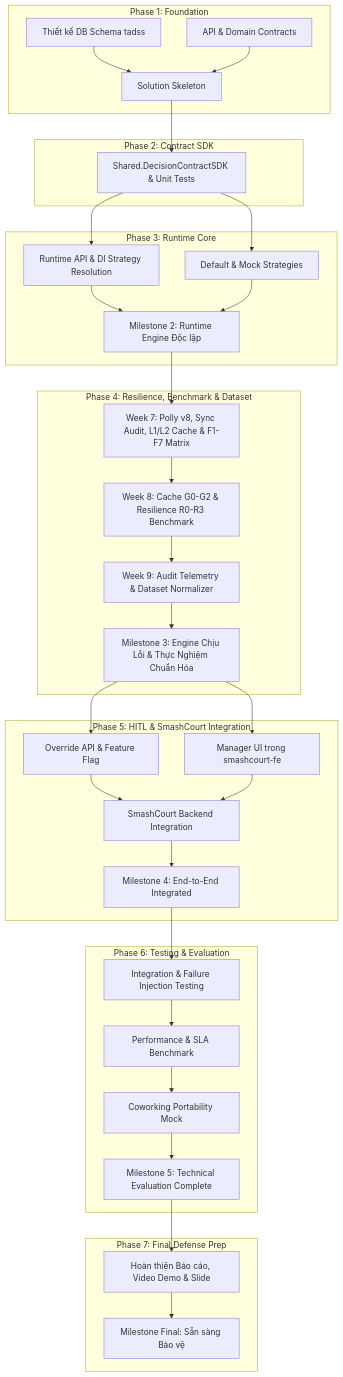
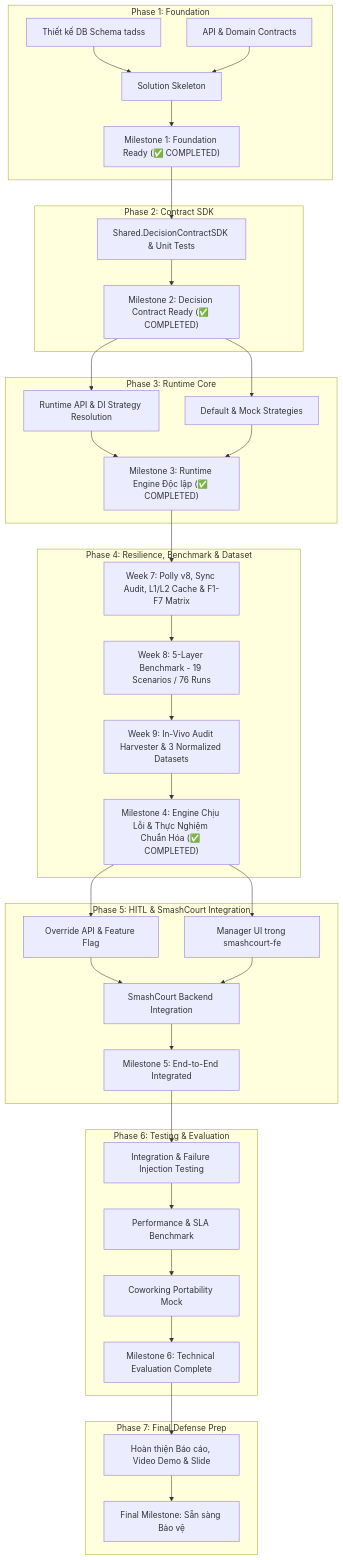
The diagram in docs/planning/MASTER_EXECUTION_PLAN.md (NguyenThanhTrung-N2T/TrustworthyAdaptiveDecisionSupportSystem-TADSS), drawn with Mermaid before and after one commit. The commit also changed other lines of this file and 36 other files, not shown here.

First line of the commit message:
feat(phase4): complete Week 9 audit telemetry harvest, 3 normalized research datasets, and Milestone 4 docs

````diff
--- a/docs/planning/MASTER_EXECUTION_PLAN.md
+++ b/docs/planning/MASTER_EXECUTION_PLAN.md
@@ -35,45 +35,47 @@
 ```mermaid
 flowchart TD
     subgraph P1 [Phase 1: Foundation]
         F1[Thiết kế DB Schema tadss] --> F3[Solution Skeleton]
         F2[API & Domain Contracts] --> F3
+        F3 --> M1["Milestone 1: Foundation Ready (✅ COMPLETED)"]
     end
 
     subgraph P2 [Phase 2: Contract SDK]
-        F3 --> SDK[Shared.DecisionContractSDK & Unit Tests]
+        M1 --> SDK[Shared.DecisionContractSDK & Unit Tests]
+        SDK --> M2["Milestone 2: Decision Contract Ready (✅ COMPLETED)"]
     end
 
     subgraph P3 [Phase 3: Runtime Core]
-        SDK --> RT[Runtime API & DI Strategy Resolution]
-        SDK --> ST[Default & Mock Strategies]
-        RT --> M2[Milestone 2: Runtime Engine Độc lập]
-        ST --> M2
+        M2 --> RT[Runtime API & DI Strategy Resolution]
+        M2 --> ST[Default & Mock Strategies]
+        RT --> M3["Milestone 3: Runtime Engine Độc lập (✅ COMPLETED)"]
+        ST --> M3
     end
 
     subgraph P4 [Phase 4: Resilience, Benchmark & Dataset]
-        M2 --> POL[Week 7: Polly v8, Sync Audit, L1/L2 Cache & F1-F7 Matrix]
-        POL --> BMK[Week 8: Cache G0-G2 & Resilience R0-R3 Benchmark]
-        BMK --> DSN[Week 9: Audit Telemetry & Dataset Normalizer]
-        DSN --> M3[Milestone 3: Engine Chịu Lỗi & Thực Nghiệm Chuẩn Hóa]
+        M3 --> POL[Week 7: Polly v8, Sync Audit, L1/L2 Cache & F1-F7 Matrix]
+        POL --> BMK[Week 8: 5-Layer Benchmark - 19 Scenarios / 76 Runs]
+        BMK --> DSN[Week 9: In-Vivo Audit Harvester & 3 Normalized Datasets]
+        DSN --> M4["Milestone 4: Engine Chịu Lỗi & Thực Nghiệm Chuẩn Hóa (✅ COMPLETED)"]
     end
 
     subgraph P5 [Phase 5: HITL & SmashCourt Integration]
-        M3 --> OVR[Override API & Feature Flag]
-        M3 --> DASH[Manager UI trong smashcourt-fe]
+        M4 --> OVR[Override API & Feature Flag]
+        M4 --> DASH[Manager UI trong smashcourt-fe]
         OVR --> INT[SmashCourt Backend Integration]
         DASH --> INT
-        INT --> M4[Milestone 4: End-to-End Integrated]
+        INT --> M5[Milestone 5: End-to-End Integrated]
     end
 
     subgraph P6 [Phase 6: Testing & Evaluation]
-        M4 --> TEST[Integration & Failure Injection Testing]
+        M5 --> TEST[Integration & Failure Injection Testing]
         TEST --> PERF[Performance & SLA Benchmark]
         PERF --> PORT[Coworking Portability Mock]
-        PORT --> M5[Milestone 5: Technical Evaluation Complete]
+        PORT --> M6[Milestone 6: Technical Evaluation Complete]
     end
 
     subgraph P7 [Phase 7: Final Defense Prep]
-        M5 --> DOC[Hoàn thiện Báo cáo, Video Demo & Slide]
-        DOC --> M6[Milestone Final: Sẵn sàng Bảo vệ]
+        M6 --> DOC[Hoàn thiện Báo cáo, Video Demo & Slide]
+        DOC --> MFinal[Final Milestone: Sẵn sàng Bảo vệ]
     end
 ```
````
